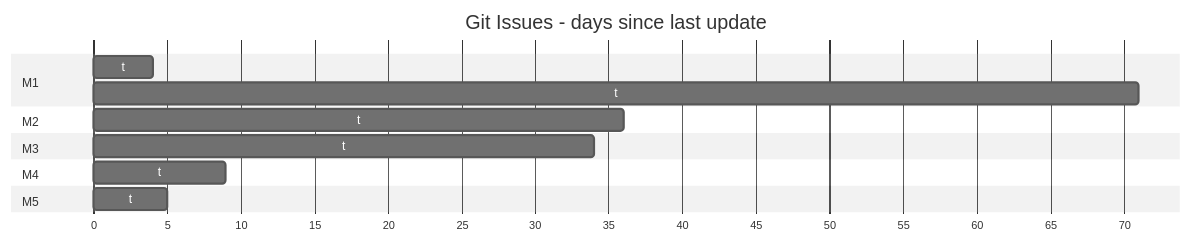
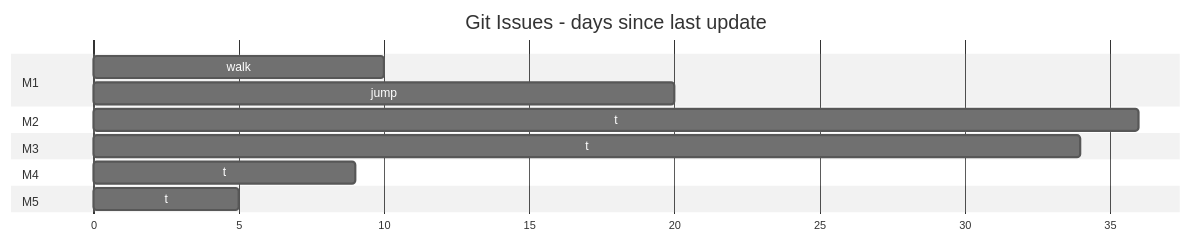
One commit to ukihot/jadoc changed the first of 2 diagrams in src/content/docs/guides/milestones.md. Above: the diagram before and after it, drawn with Mermaid (neutral theme). The commit also changed other lines of this file, not shown here.

````diff
--- a/src/content/docs/guides/milestones.md
+++ b/src/content/docs/guides/milestones.md
@@ -6,17 +6,18 @@
 ```mermaid
 gantt
     title Git Issues - days since last update
     dateFormat X
     axisFormat %s
     section M1
-    t   : 0, 4
-    t   : 0, 71
+      walk: 0, 10
+      jump: 10, 20
+
     section M2
     t   : 0, 36
     section M3
     t   : 0, 34
     section M4
     t    : 0, 9
     section M5
     t    : 0, 5
 ```
````
